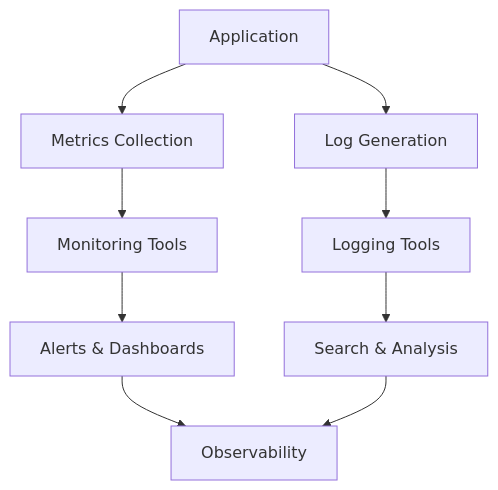
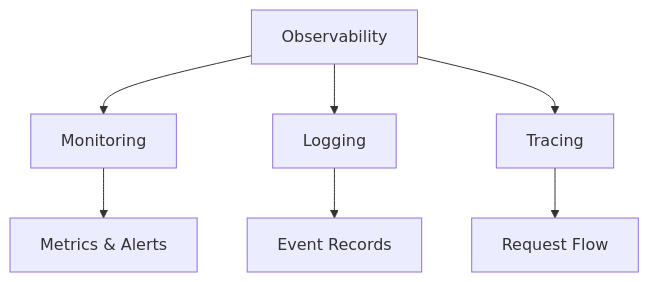
One commit to VrushankPatel/interview-matters changed the diagram in monitoring-and-logging/README.md. Above: the diagram before and after it, drawn with Mermaid. The commit also changed other lines of this file and 2 other files, not shown here.

Commit message:
kb: add/update topics LLD HLD Basics, Replication vs Sharding vs Partitioning, Caching, Latency and Throughput Zero to Hero, Monitoring and Logging

````diff
--- a/monitoring-and-logging/README.md
+++ b/monitoring-and-logging/README.md
@@ -49,11 +57,9 @@
 ```mermaid
 graph TD
-    A[Application] --> B[Metrics Collection]
-    A --> C[Log Generation]
-    B --> D[Monitoring Tools]
-    C --> E[Logging Tools]
-    D --> F[Alerts & Dashboards]
-    E --> G[Search & Analysis]
-    F --> H[Observability]
-    G --> H
+    A[Observability] --> B[Monitoring]
+    A --> C[Logging]
+    A --> D[Tracing]
+    B --> E[Metrics & Alerts]
+    C --> F[Event Records]
+    D --> G[Request Flow]
 ```
````
